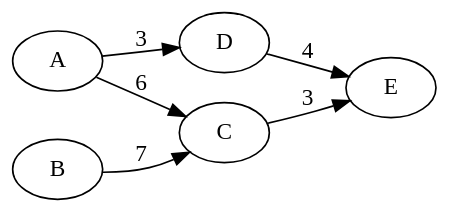
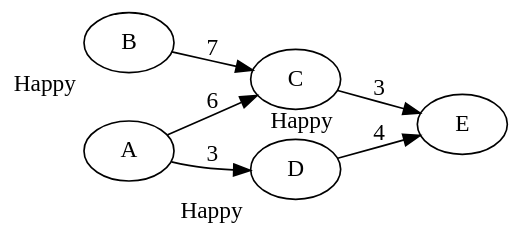
Before and after one commit to decrypto-org/TrustIsRisk: the diagram in presentations/AtheCrypt10-1-2017/figures/transitiveGame1.dot, drawn with Graphviz. The commit also changed 3 other files, not shown here.

```diff
--- a/presentations/AtheCrypt10-1-2017/figures/transitiveGame1.dot
+++ b/presentations/AtheCrypt10-1-2017/figures/transitiveGame1.dot
@@ -1,9 +1,12 @@
 digraph G {
   graph [bgcolor=transparent]
   rankdir=LR;
+  B [xlabel="Happy"]
+  C [xlabel="Happy"]
+  D [xlabel="Happy"]
   A -> C [label="6"]
   A -> D [label="3"]
   B -> C [label="7"]
   C -> E [label="3"]
   D -> E [label="4"]
 }
```
